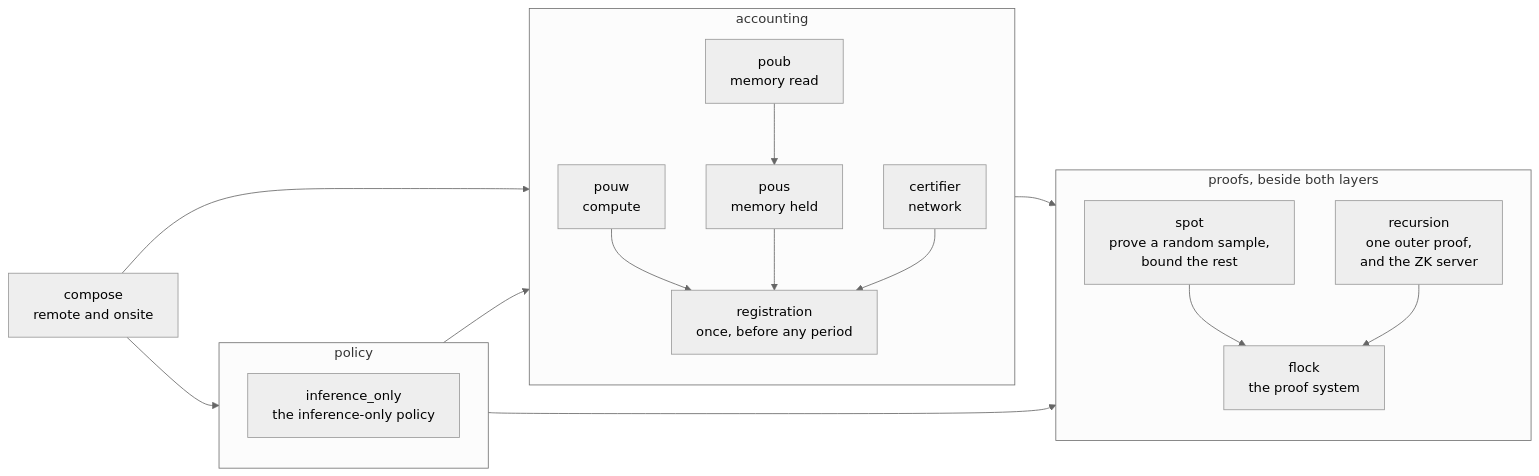
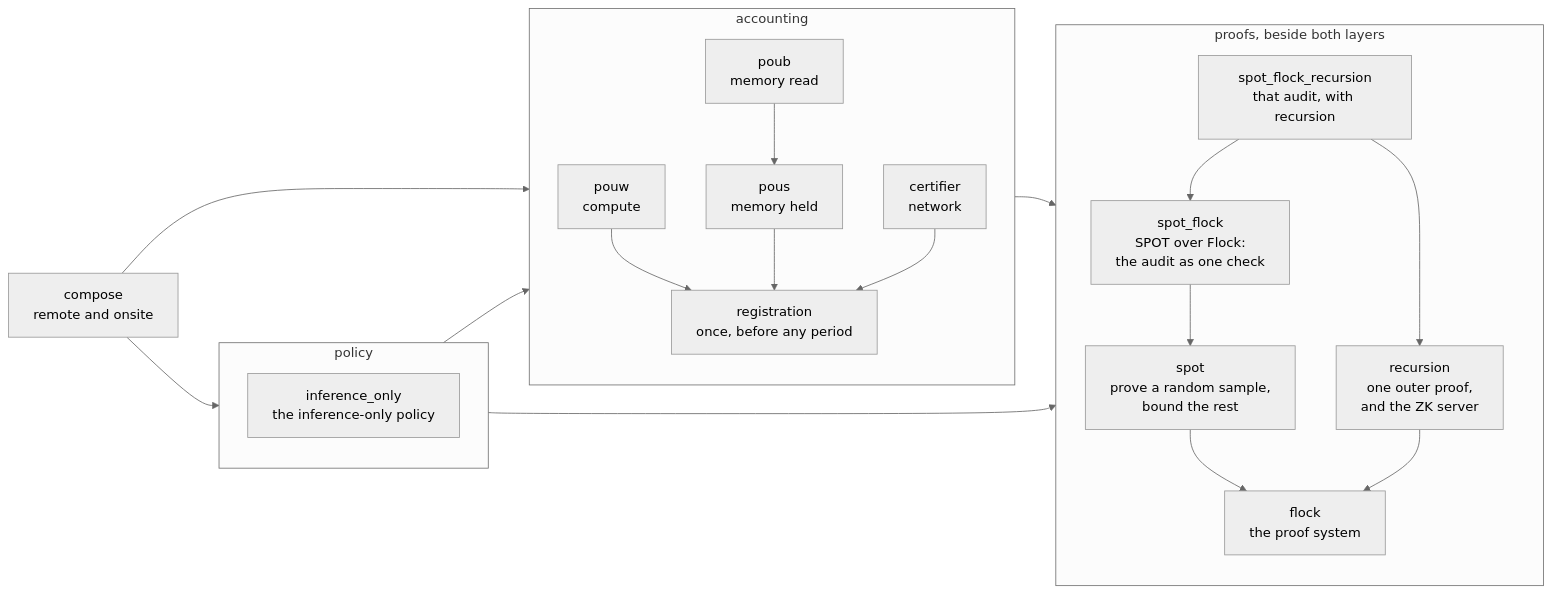
One commit to compute-verification/verity changed the fourth of 5 diagrams in ARCHITECTURE.md. Above: the diagram before and after it, drawn with Mermaid (neutral theme). The commit also changed other lines of this file and 1 other file, not shown here.

First line of the commit message:
The tree takes spot_flock_recursion/ and the smaller interface/ (Daniel, Sat 14 Nov 11:58 AM PST)

````diff
--- a/ARCHITECTURE.md
+++ b/ARCHITECTURE.md
@@ -158,30 +160,35 @@
 ```mermaid
 flowchart LR
     compose["compose<br/>remote and onsite"]
     subgraph accounting["accounting"]
         registration["registration<br/>once, before any period"]
         pouw["pouw<br/>compute"]
         pous["pous<br/>memory held"]
         poub["poub<br/>memory read"]
         certifier["certifier<br/>network"]
     end
     subgraph policy["policy"]
         io["inference_only<br/>the inference-only policy"]
     end
     subgraph proofs["proofs, beside both layers"]
         spot["spot<br/>prove a random sample,<br/>bound the rest"]
         recursion["recursion<br/>one outer proof,<br/>and the ZK server"]
+        spot_flock["spot_flock<br/>SPOT over Flock:<br/>the audit as one check"]
+        spot_flock_recursion["spot_flock_recursion<br/>that audit, with recursion"]
         flock["flock<br/>the proof system"]
     end
     compose --> accounting
     compose --> policy
     policy --> accounting
     accounting --> proofs
     policy --> proofs
     poub --> pous
     pouw --> registration
     pous --> registration
     certifier --> registration
     spot --> flock
     recursion --> flock
+    spot_flock --> spot
+    spot_flock_recursion --> spot_flock
+    spot_flock_recursion --> recursion
 ```
````
